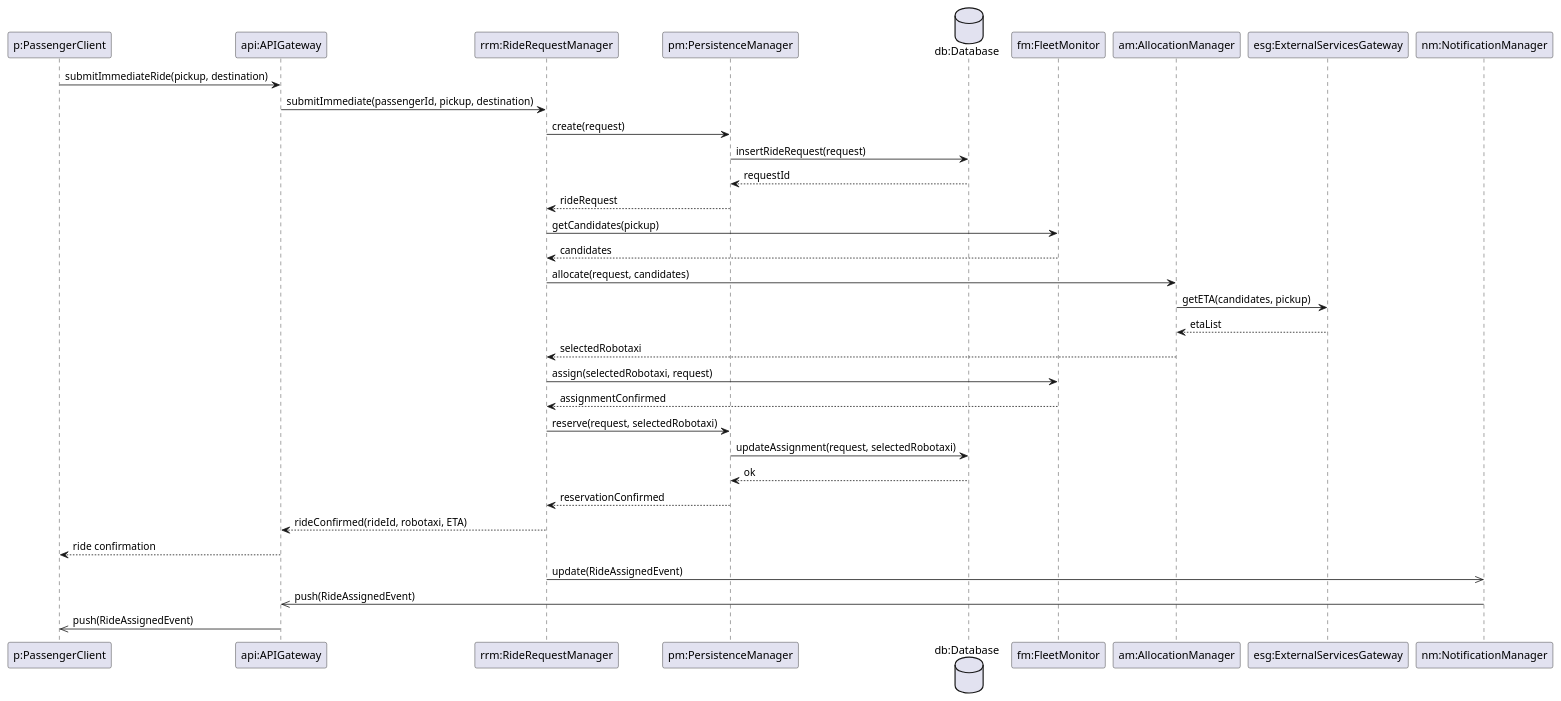
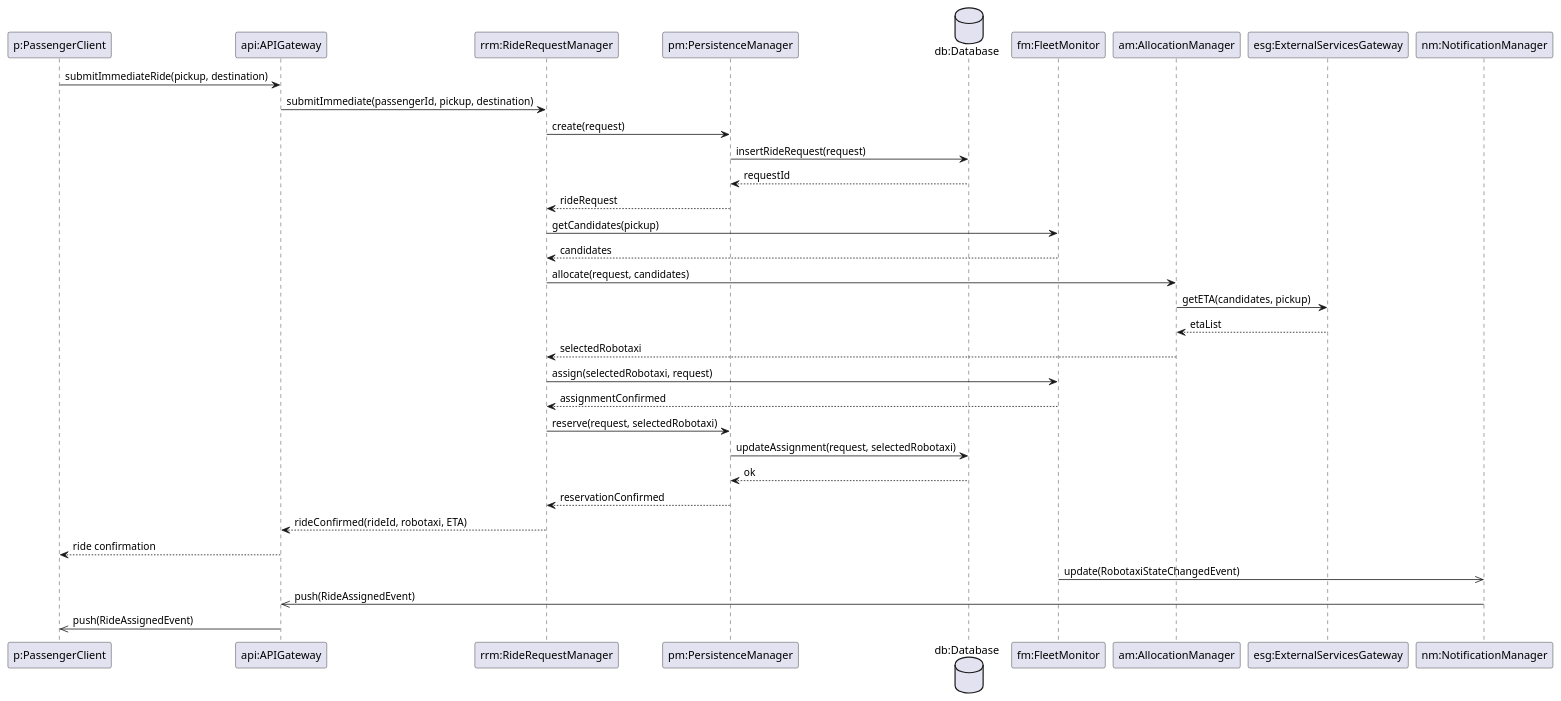
One commit to meggie-0/SE4A_ROAd_MargheritaBertipaglia_DavidCazzaniga_PasqualeIgnarra_Project changed the fifth of 10 diagrams in Implementation/docs/DD.md. Above: the diagram before and after it, drawn with PlantUML. The commit also changed other lines of this file and 9 other files, not shown here.

````diff
--- a/Implementation/docs/DD.md
+++ b/Implementation/docs/DD.md
@@ -729,42 +735,44 @@
 ```plantuml
 participant "p:PassengerClient" as P
 participant "api:APIGateway" as API
 participant "rrm:RideRequestManager" as RRM
 participant "pm:PersistenceManager" as PM
 database "db:Database" as DB
 participant "fm:FleetMonitor" as FM
 participant "am:AllocationManager" as AM
 participant "esg:ExternalServicesGateway" as ESG
 participant "nm:NotificationManager" as NM
 
 P -> API : submitImmediateRide(pickup, destination)
 API -> RRM : submitImmediate(passengerId, pickup, destination)
 
 RRM -> PM : create(request)
 PM -> DB : insertRideRequest(request)
 DB --> PM : requestId
 PM --> RRM : rideRequest
 
 RRM -> FM : getCandidates(pickup)
 FM --> RRM : candidates
 
 RRM -> AM : allocate(request, candidates)
 AM -> ESG : getETA(candidates, pickup)
 ESG --> AM : etaList
 AM --> RRM : selectedRobotaxi
 
 RRM -> FM : assign(selectedRobotaxi, request)
 FM --> RRM : assignmentConfirmed
 
 RRM -> PM : reserve(request, selectedRobotaxi)
 PM -> DB : updateAssignment(request, selectedRobotaxi)
 DB --> PM : ok
 PM --> RRM : reservationConfirmed
 
 RRM --> API : rideConfirmed(rideId, robotaxi, ETA)
 API --> P : ride confirmation
 
-RRM ->> NM : update(RideAssignedEvent)
+' [v1.3] Il soggetto notifica, non il manager, e solo dopo che la transizione e' stata scritta:
+' l'evento nasce dentro assign(), dal Robotaxi verso il suo unico observer (decisione D39).
+FM ->> NM : update(RobotaxiStateChangedEvent)
 NM ->> API : push(RideAssignedEvent)
 API ->> P : push(RideAssignedEvent)
 ```
````
